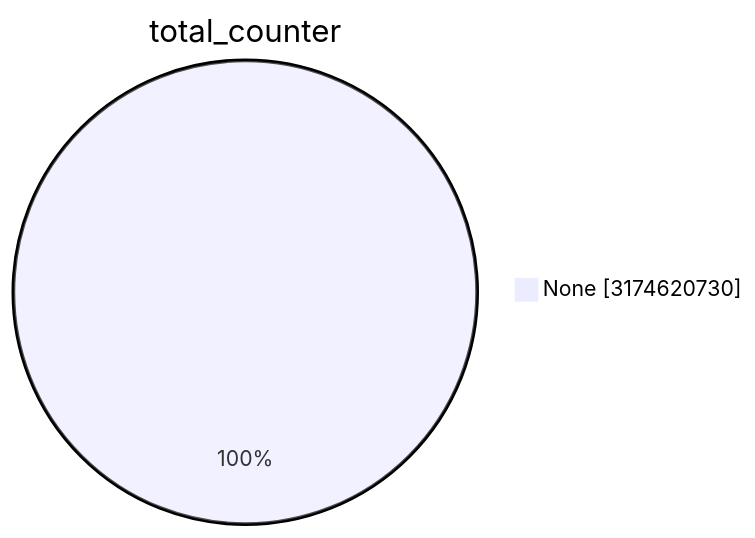
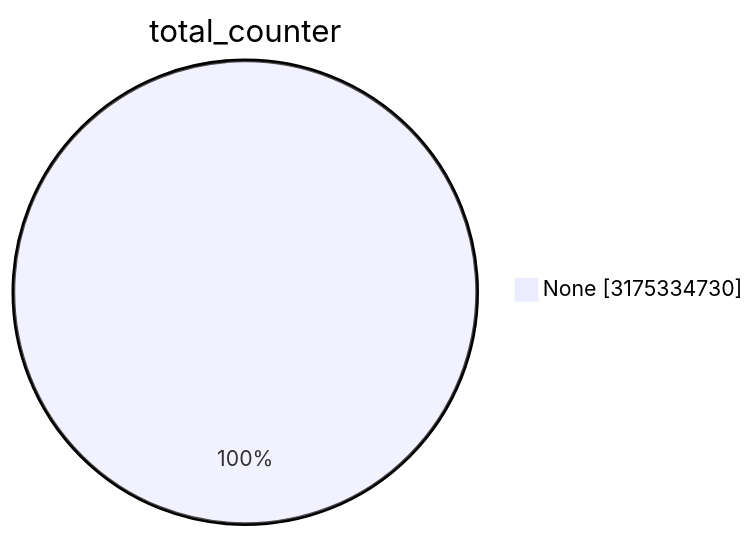
Before and after one commit to christiankrug/ctmonitor_visualization: the first of 15 diagrams in TOTAL/README.md, drawn with Mermaid. The commit also changed other lines of this file, not shown here.

````diff
--- a/TOTAL/README.md
+++ b/TOTAL/README.md
@@ -1,5 +1,5 @@
 ```mermaid
 pie showData
 title total_counter
-"None" :3174620730
+"None" :3175334730
 ```
````
